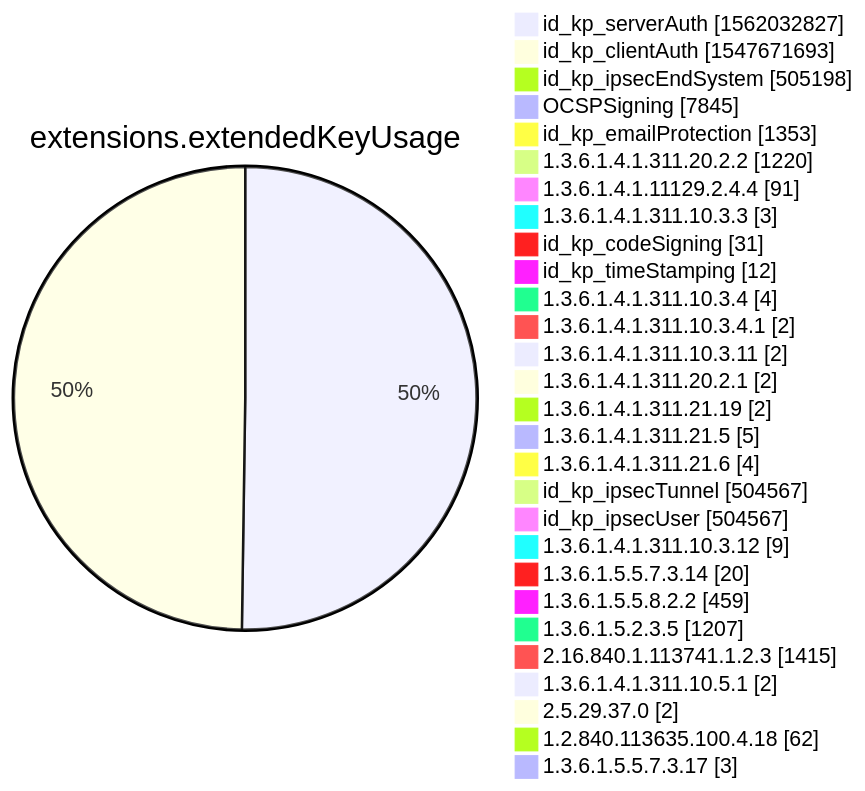
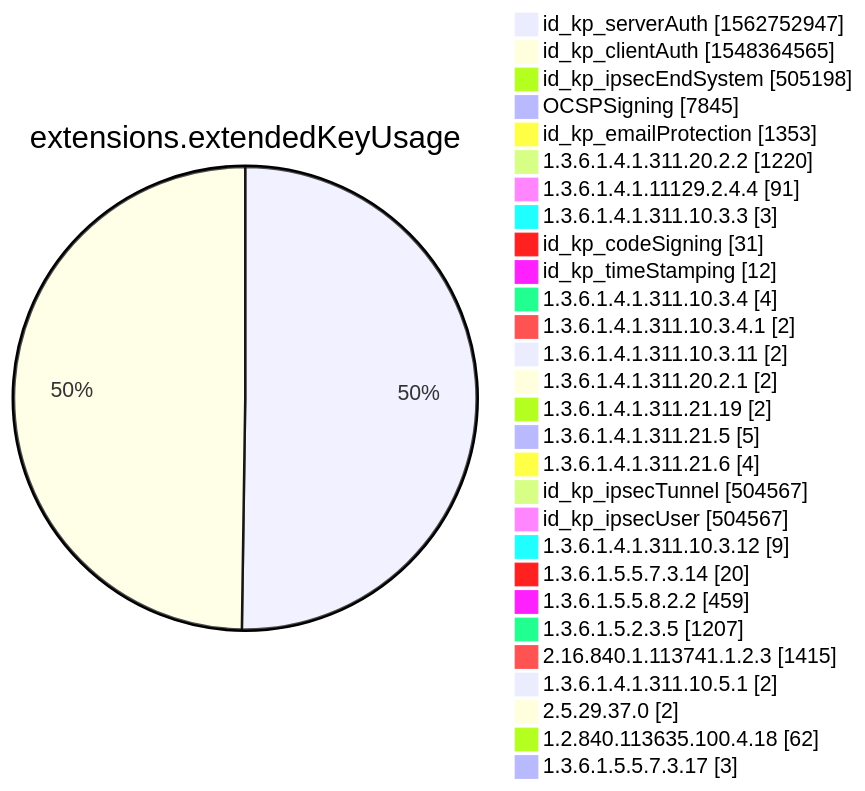
One commit to christiankrug/ctmonitor_visualization changed diagram 12 of 15 in xenon2022/README.md. Above: the diagram before and after it, drawn with Mermaid. The commit also changed other lines of this file, not shown here.

````diff
--- a/xenon2022/README.md
+++ b/xenon2022/README.md
@@ -3883,32 +3883,32 @@
 ```mermaid
 pie showData
 title extensions.extendedKeyUsage
-"id_kp_serverAuth" :1562032827
-"id_kp_clientAuth" :1547671693
+"id_kp_serverAuth" :1562752947
+"id_kp_clientAuth" :1548364565
 "id_kp_ipsecEndSystem" :505198
 "OCSPSigning" :7845
 "id_kp_emailProtection" :1353
 "1.3.6.1.4.1.311.20.2.2" :1220
 "1.3.6.1.4.1.11129.2.4.4" :91
 "1.3.6.1.4.1.311.10.3.3" :3
 "id_kp_codeSigning" :31
 "id_kp_timeStamping" :12
 "1.3.6.1.4.1.311.10.3.4" :4
 "1.3.6.1.4.1.311.10.3.4.1" :2
 "1.3.6.1.4.1.311.10.3.11" :2
 "1.3.6.1.4.1.311.20.2.1" :2
 "1.3.6.1.4.1.311.21.19" :2
 "1.3.6.1.4.1.311.21.5" :5
 "1.3.6.1.4.1.311.21.6" :4
 "id_kp_ipsecTunnel" :504567
 "id_kp_ipsecUser" :504567
 "1.3.6.1.4.1.311.10.3.12" :9
 "1.3.6.1.5.5.7.3.14" :20
 "1.3.6.1.5.5.8.2.2" :459
 "1.3.6.1.5.2.3.5" :1207
 "2.16.840.1.113741.1.2.3" :1415
 "1.3.6.1.4.1.311.10.5.1" :2
 "2.5.29.37.0" :2
 "1.2.840.113635.100.4.18" :62
 "1.3.6.1.5.5.7.3.17" :3
 ```
````
